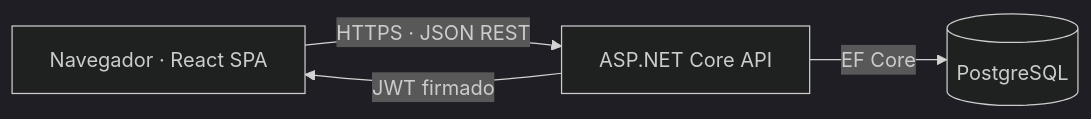
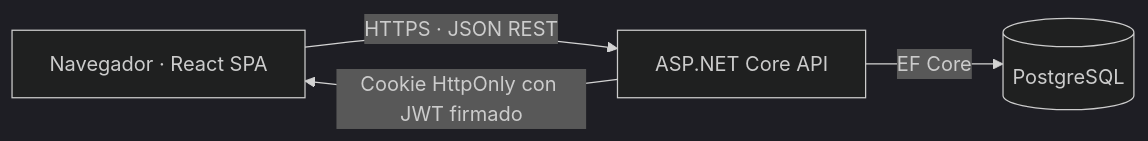
The diagram in docs/design/IntegrationArchitecture.md (pey-45/TransitOps), drawn with Mermaid (dark theme) before and after one commit. The commit also changed other lines of this file and 26 other files, not shown here.

````diff
--- a/docs/design/IntegrationArchitecture.md
+++ b/docs/design/IntegrationArchitecture.md
@@ -5,6 +5,6 @@
 ```mermaid
 flowchart LR
     B["Navegador · React SPA"] -->|"HTTPS · JSON REST"| A["ASP.NET Core API"]
     A -->|"EF Core"| P[("PostgreSQL")]
-    A -->|"JWT firmado"| B
+    A -->|"Cookie HttpOnly con JWT firmado"| B
 ```
````
